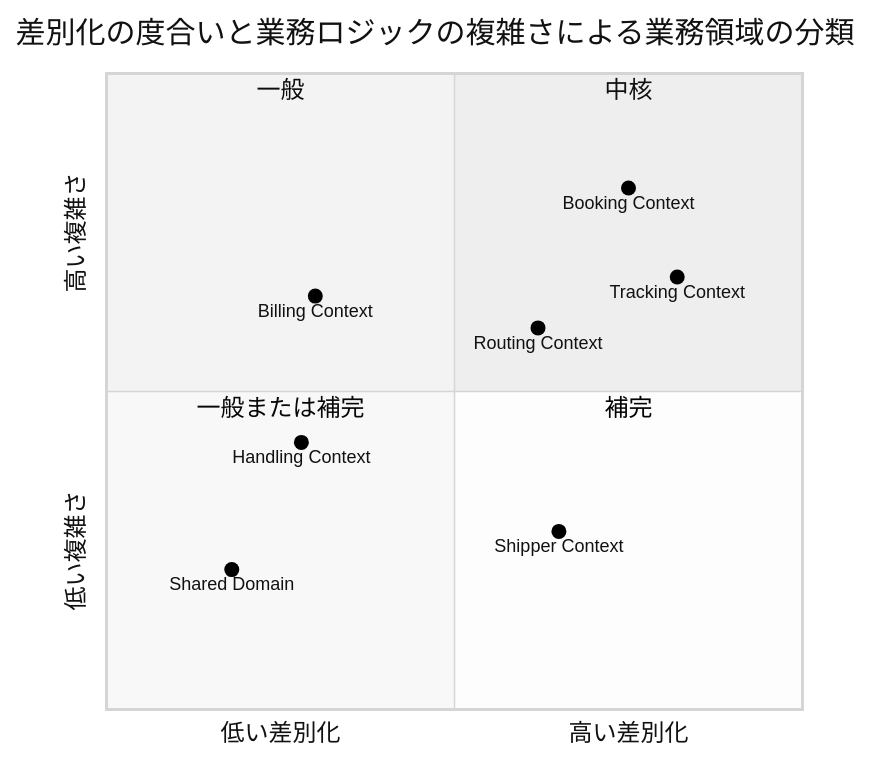
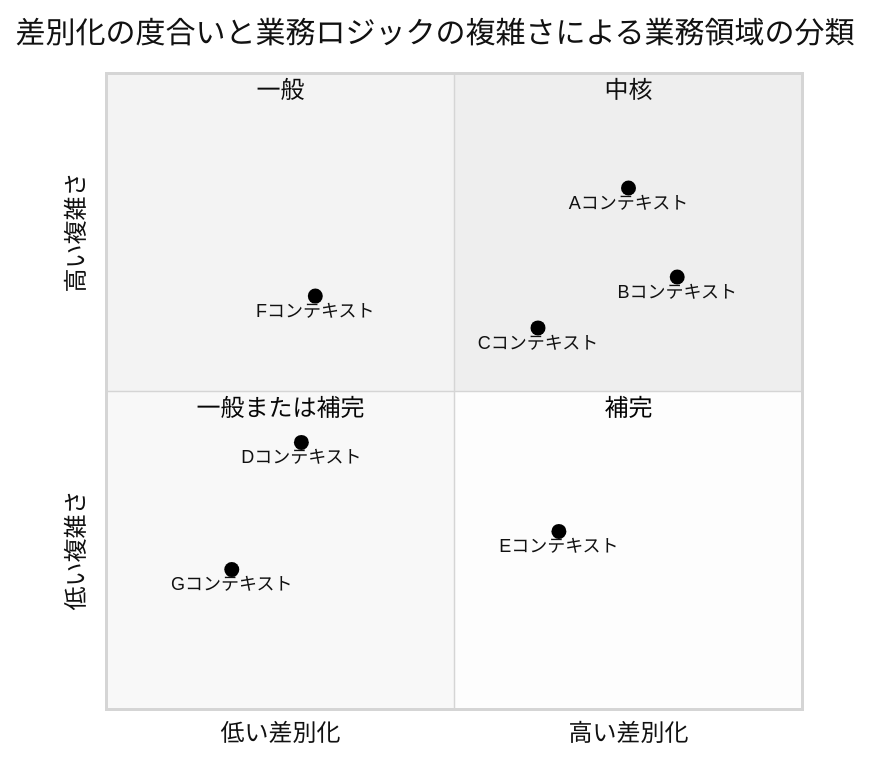
One commit to k2works/case-study-cargo-tracker changed the diagram in .claude/skills/analyzing-domain-model/SKILL.md. Above: the diagram before and after it, drawn with Mermaid (neutral theme). The commit also changed 7 other files, not shown here.

````diff
--- a/.claude/skills/analyzing-domain-model/SKILL.md
+++ b/.claude/skills/analyzing-domain-model/SKILL.md
@@ -66,17 +66,17 @@
 ```mermaid
 quadrantChart
     title 差別化の度合いと業務ロジックの複雑さによる業務領域の分類
     x-axis "低い差別化" --> "高い差別化"
     y-axis "低い複雑さ" --> "高い複雑さ"
     quadrant-1 "中核"
     quadrant-2 "一般"
     quadrant-3 "一般または補完"
     quadrant-4 "補完"
-    Booking Context: [0.75, 0.82]
-    Tracking Context: [0.82, 0.68]
-    Routing Context: [0.62, 0.60]
-    Handling Context: [0.28, 0.42]
-    Shipper Context: [0.65, 0.28]
-    Billing Context: [0.30, 0.65]
-    Shared Domain: [0.18, 0.22]
+    "Aコンテキスト": [0.75, 0.82]
+    "Bコンテキスト": [0.82, 0.68]
+    "Cコンテキスト": [0.62, 0.60]
+    "Dコンテキスト": [0.28, 0.42]
+    "Eコンテキスト": [0.65, 0.28]
+    "Fコンテキスト": [0.30, 0.65]
+    "Gコンテキスト": [0.18, 0.22]
 ```
````
